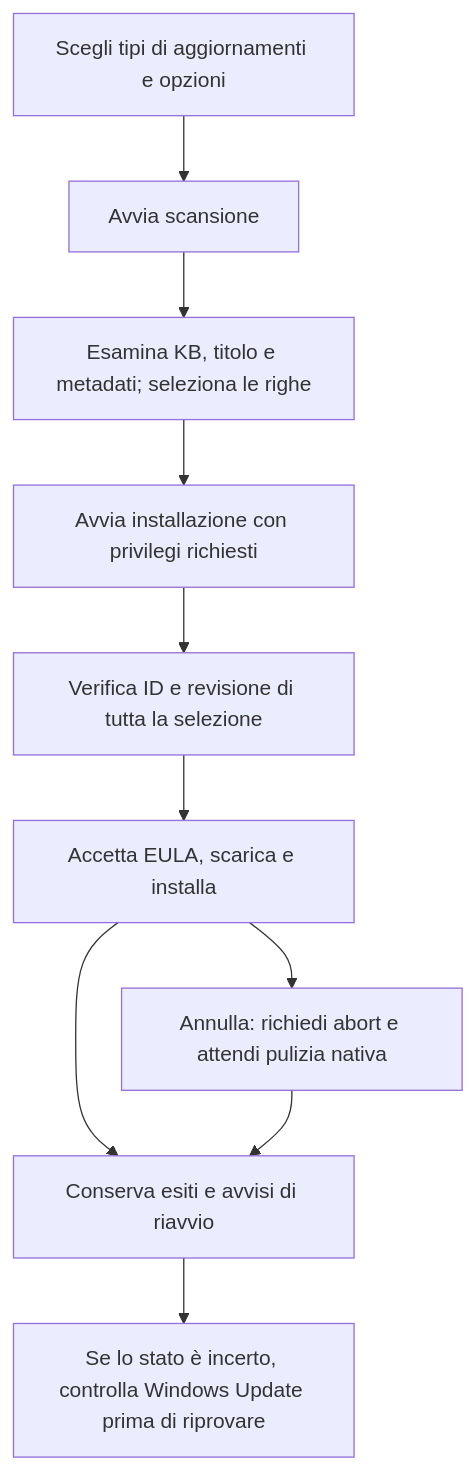
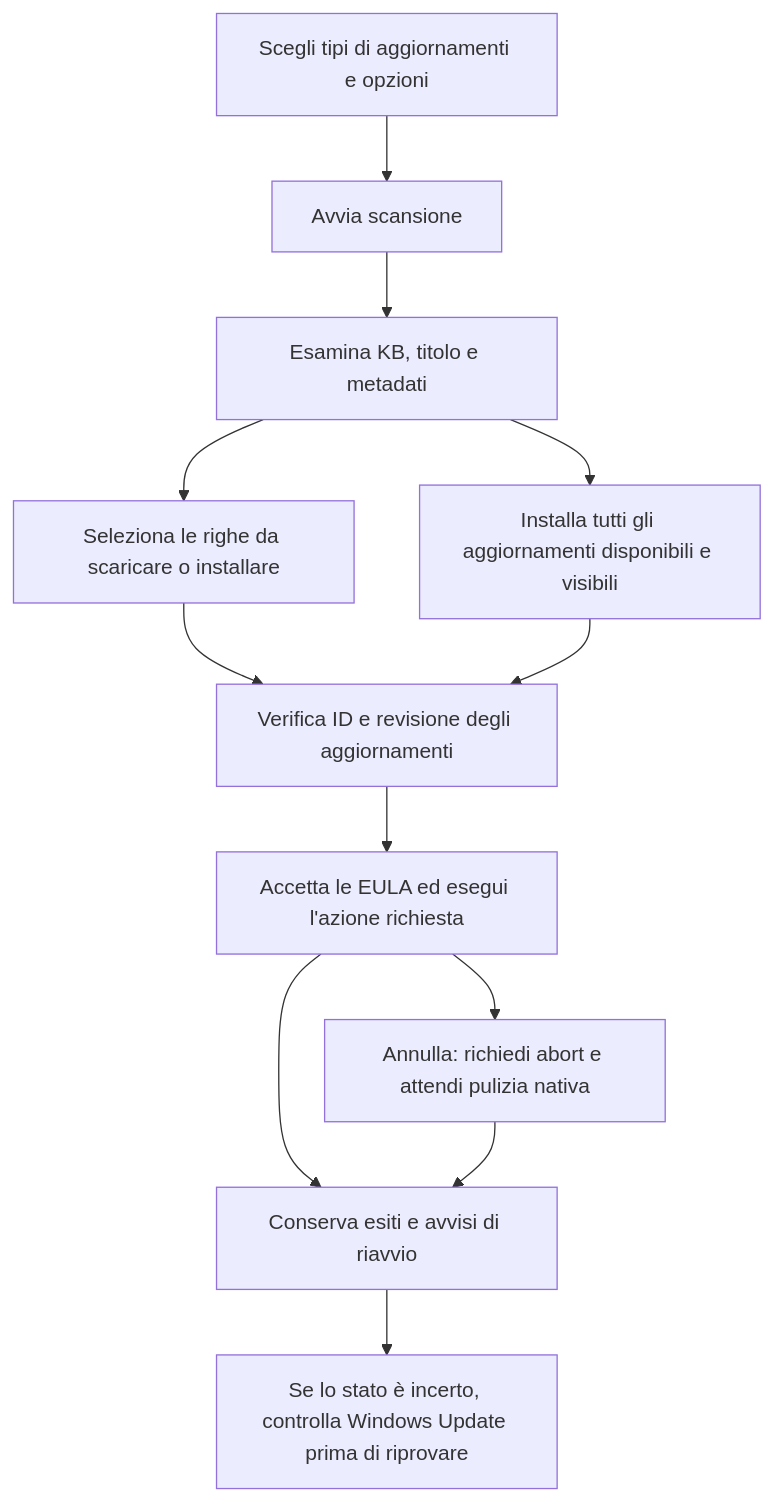
The fifth of 7 diagrams in docs/user-guide.it.md (dennidalpos/OnlyWinget), drawn with Mermaid before and after one commit. The commit also changed other lines of this file and 17 other files, not shown here.

````diff
--- a/docs/user-guide.it.md
+++ b/docs/user-guide.it.md
@@ -90,12 +94,14 @@
 ```mermaid
 flowchart TD
     Options["Scegli tipi di aggiornamenti e opzioni"] --> Scan["Avvia scansione"]
-    Scan --> Select["Esamina KB, titolo e metadati; seleziona le righe"]
-    Select --> Install["Avvia installazione con privilegi richiesti"]
-    Install --> Validate["Verifica ID e revisione di tutta la selezione"]
-    Validate --> Jobs["Accetta EULA, scarica e installa"]
+    Scan --> Review["Esamina KB, titolo e metadati"]
+    Review --> Select["Seleziona le righe da scaricare o installare"]
+    Review --> All["Installa tutti gli aggiornamenti disponibili e visibili"]
+    Select --> Validate["Verifica ID e revisione degli aggiornamenti"]
+    All --> Validate
+    Validate --> Jobs["Accetta le EULA ed esegui l'azione richiesta"]
     Jobs --> Outcome["Conserva esiti e avvisi di riavvio"]
     Jobs --> Cancel["Annulla: richiedi abort e attendi pulizia nativa"]
     Cancel --> Outcome
     Outcome --> Check["Se lo stato è incerto, controlla Windows Update prima di riprovare"]
 ```
````
